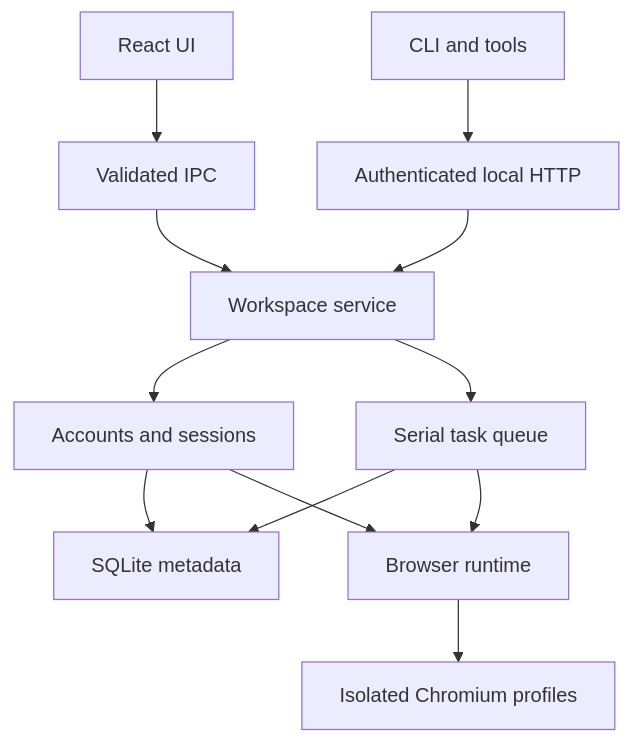
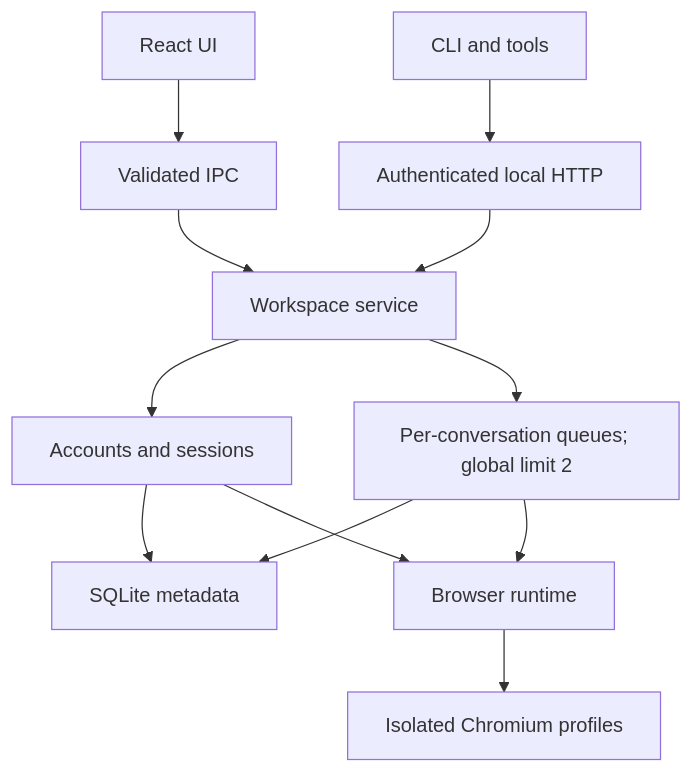
The diagram in docs/ARCHITECTURE.md (chenziyang110/ChatGPT-Web-Client), drawn with Mermaid before and after one commit. The commit also changed other lines of this file and 84 other files, not shown here.

````diff
--- a/docs/ARCHITECTURE.md
+++ b/docs/ARCHITECTURE.md
@@ -5,14 +5,14 @@
 ```mermaid
 flowchart TD
   UI[React UI] --> IPC[Validated IPC]
   CLI[CLI and tools] --> HTTP[Authenticated local HTTP]
   IPC --> Core[Workspace service]
   HTTP --> Core
   Core --> Accounts[Accounts and sessions]
-  Core --> Tasks[Serial task queue]
+  Core --> Tasks[Per-conversation queues; global limit 2]
   Accounts --> SQL[SQLite metadata]
   Tasks --> SQL
   Tasks --> Browser[Browser runtime]
   Accounts --> Browser
   Browser --> Profiles[Isolated Chromium profiles]
 ```
````
